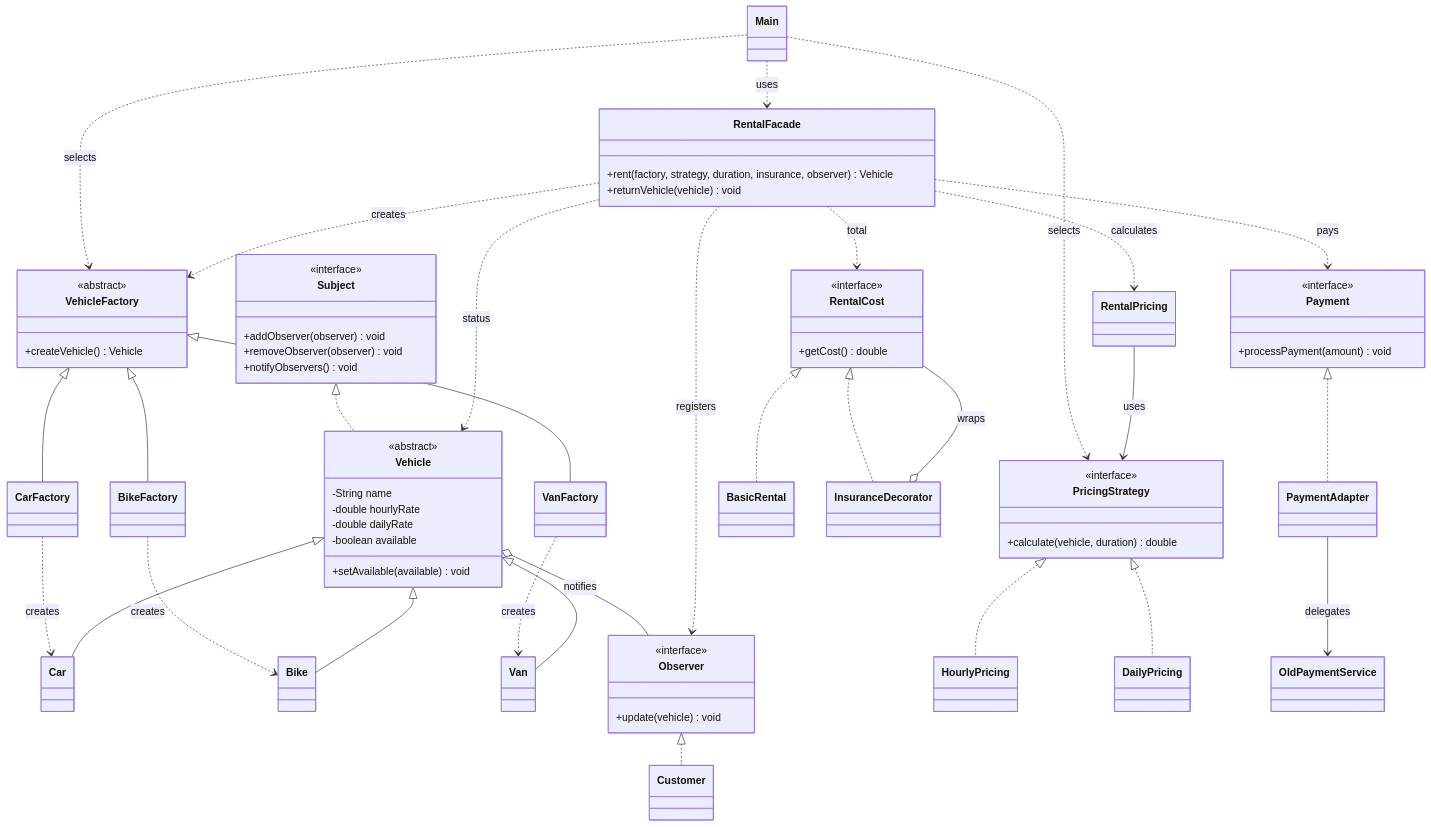
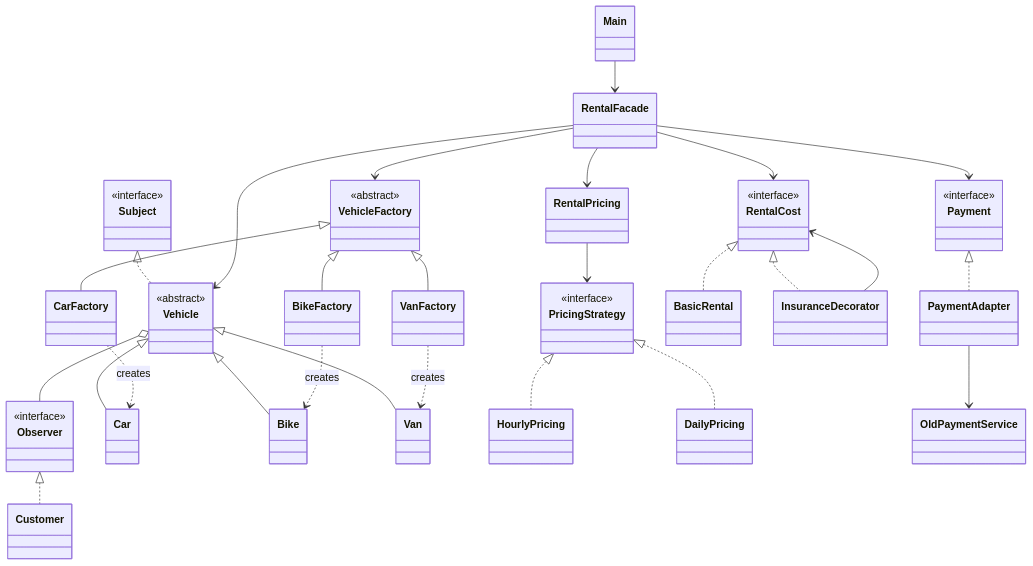
The first of 2 diagrams in README.md (Nurgissa17/Vehicle-Rental-Service), drawn with Mermaid before and after one commit. The commit also changed other lines of this file, not shown here.

````diff
--- a/README.md
+++ b/README.md
@@ -36,99 +24,56 @@
 ```mermaid
 classDiagram
-    direction TB
-
-    class Main
-    class RentalFacade {
-        +rent(factory, strategy, duration, insurance, observer) Vehicle
-        +returnVehicle(vehicle) void
-    }
     class Vehicle {
         <<abstract>>
-        -String name
-        -double hourlyRate
-        -double dailyRate
-        -boolean available
-        +setAvailable(available) void
     }
-    class Car
-    class Bike
-    class Van
-
     class VehicleFactory {
         <<abstract>>
-        +createVehicle() Vehicle
     }
-    class CarFactory
-    class BikeFactory
-    class VanFactory
-
+    class PricingStrategy {
+        <<interface>>
+    }
     class Subject {
         <<interface>>
-        +addObserver(observer) void
-        +removeObserver(observer) void
-        +notifyObservers() void
     }
     class Observer {
         <<interface>>
-        +update(vehicle) void
     }
-    class Customer
-
-    class PricingStrategy {
-        <<interface>>
-        +calculate(vehicle, duration) double
-    }
-    class HourlyPricing
-    class DailyPricing
-    class RentalPricing
-
     class RentalCost {
         <<interface>>
-        +getCost() double
     }
-    class BasicRental
-    class InsuranceDecorator
-
     class Payment {
         <<interface>>
-        +processPayment(amount) void
     }
-    class PaymentAdapter
-    class OldPaymentService
 
-    Main ..> RentalFacade : uses
-    Main ..> VehicleFactory : selects
-    Main ..> PricingStrategy : selects
-
+    Vehicle <|-- Car
+    Vehicle <|-- Bike
+    Vehicle <|-- Van
     VehicleFactory <|-- CarFactory
     VehicleFactory <|-- BikeFactory
     VehicleFactory <|-- VanFactory
     CarFactory ..> Car : creates
     BikeFactory ..> Bike : creates
     VanFactory ..> Van : creates
-    Vehicle <|-- Car
-    Vehicle <|-- Bike
-    Vehicle <|-- Van
 
     Subject <|.. Vehicle
     Observer <|.. Customer
-    Vehicle o-- Observer : notifies
+    Vehicle o-- Observer
 
     PricingStrategy <|.. HourlyPricing
     PricingStrategy <|.. DailyPricing
-    RentalPricing --> PricingStrategy : uses
+    RentalPricing --> PricingStrategy
 
     RentalCost <|.. BasicRental
     RentalCost <|.. InsuranceDecorator
-    InsuranceDecorator o-- RentalCost : wraps
+    InsuranceDecorator --> RentalCost
 
     Payment <|.. PaymentAdapter
-    PaymentAdapter --> OldPaymentService : delegates
+    PaymentAdapter --> OldPaymentService
 
-    RentalFacade ..> VehicleFactory : creates
-    RentalFacade ..> RentalPricing : calculates
-    RentalFacade ..> RentalCost : total
-    RentalFacade ..> Payment : pays
-    RentalFacade ..> Vehicle : status
-    RentalFacade ..> Observer : registers
+    Main --> RentalFacade
+    RentalFacade --> VehicleFactory
+    RentalFacade --> RentalPricing
+    RentalFacade --> RentalCost
+    RentalFacade --> Payment
+    RentalFacade --> Vehicle
 ```
````
